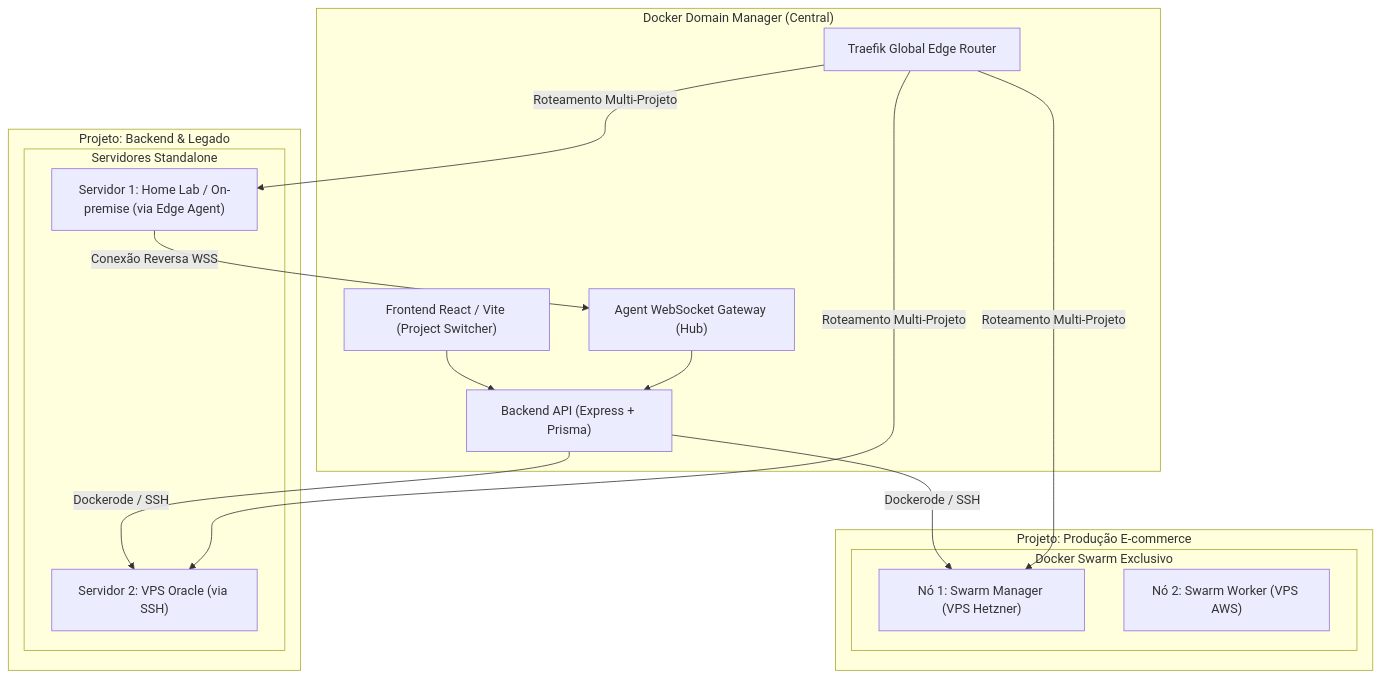
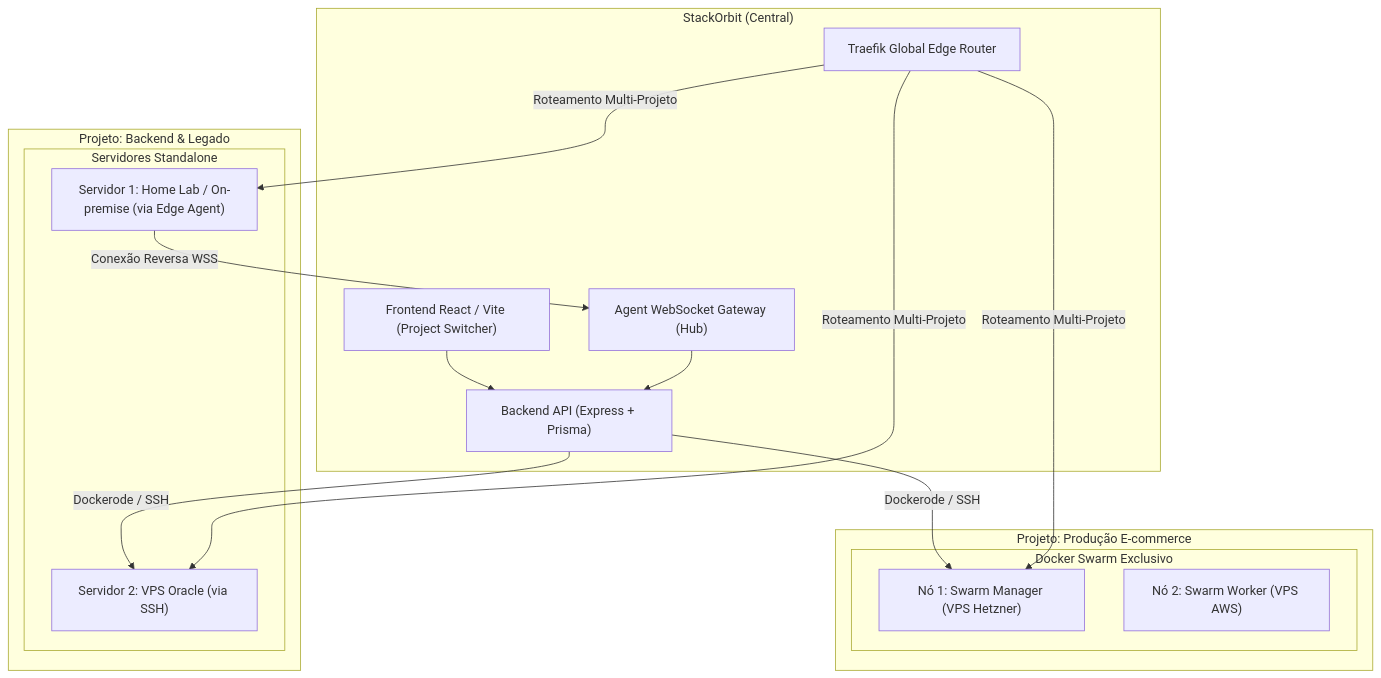
The diagram in plan/architecture-multi-host.md (stackline-saas/stackorbit), drawn with Mermaid before and after one commit. The commit also changed other lines of this file and 42 other files, not shown here.

````diff
--- a/plan/architecture-multi-host.md
+++ b/plan/architecture-multi-host.md
@@ -21,33 +21,33 @@
 ```mermaid
 flowchart TD
-    subgraph PainelCentral["Docker Domain Manager (Central)"]
+    subgraph PainelCentral["StackOrbit (Central)"]
         UI["Frontend React / Vite (Project Switcher)"]
         API["Backend API (Express + Prisma)"]
         Hub["Agent WebSocket Gateway (Hub)"]
         Traefik["Traefik Global Edge Router"]
     end
 
     subgraph ProjetoAlpha["Projeto: Produção E-commerce"]
         subgraph SwarmCluster["Docker Swarm Exclusivo"]
             ManagerNode["Nó 1: Swarm Manager (VPS Hetzner)"]
             WorkerNode1["Nó 2: Swarm Worker (VPS AWS)"]
         end
     end
 
     subgraph ProjetoBeta["Projeto: Backend & Legado"]
         subgraph StandaloneNodes["Servidores Standalone"]
             ServerLocal["Servidor 1: Home Lab / On-premise (via Edge Agent)"]
             ServerCloud["Servidor 2: VPS Oracle (via SSH)"]
         end
     end
 
     UI --> API
     API -->|Dockerode / SSH| ManagerNode
     API -->|Dockerode / SSH| ServerCloud
     ServerLocal -->|Conexão Reversa WSS| Hub
     Hub --> API
 
     Traefik -->|Roteamento Multi-Projeto| ManagerNode
     Traefik -->|Roteamento Multi-Projeto| ServerLocal
     Traefik -->|Roteamento Multi-Projeto| ServerCloud
 ```
````
